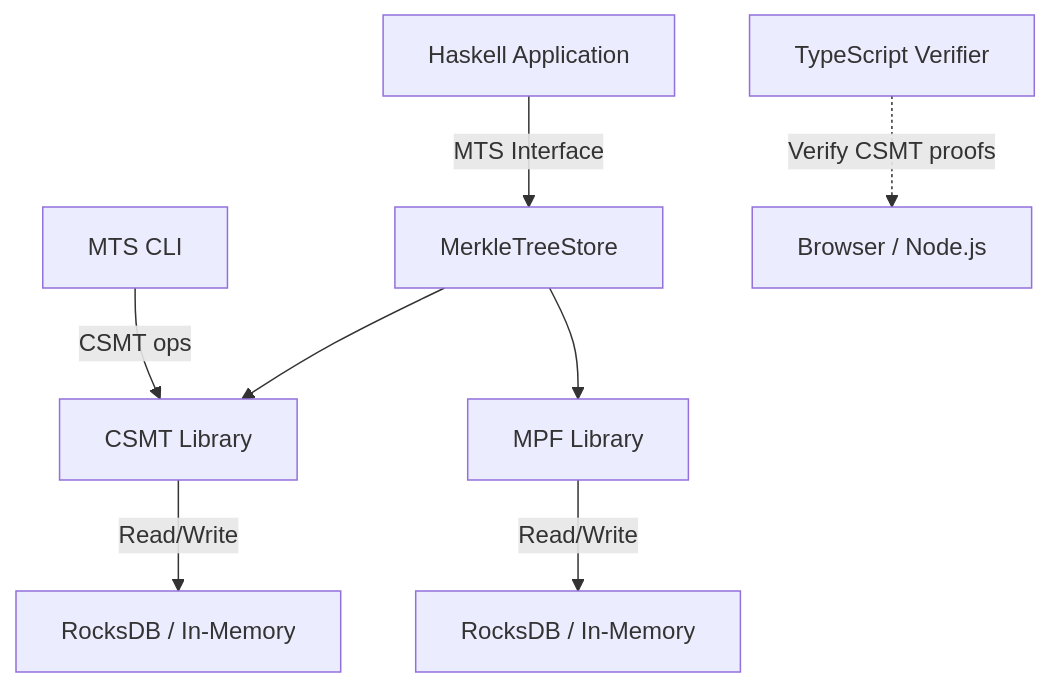
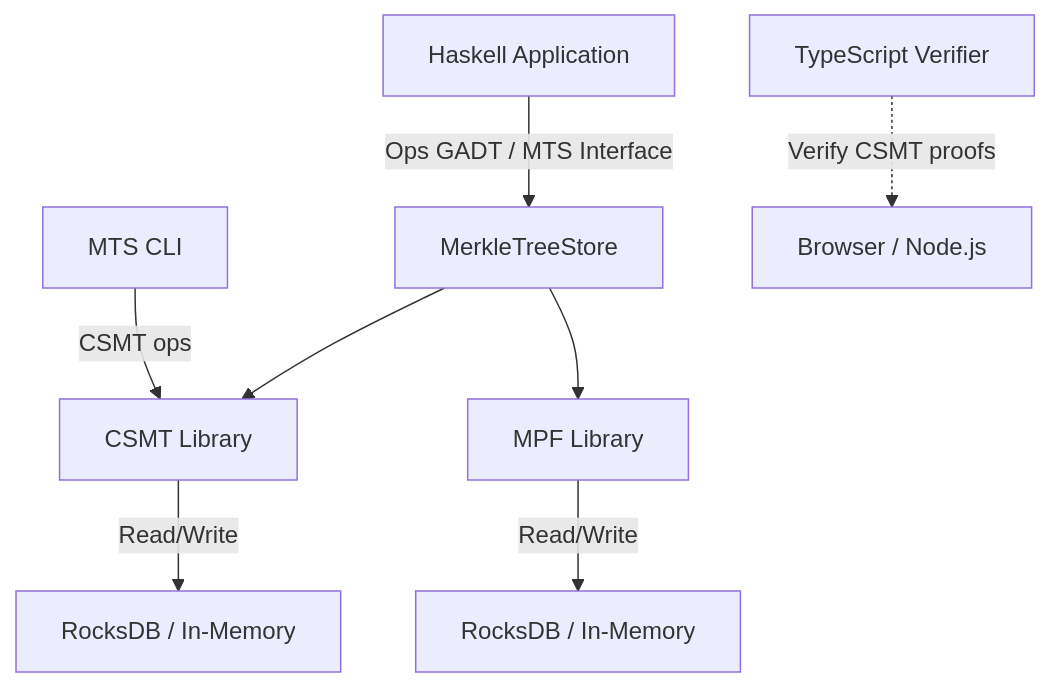
One commit to lambdasistemi/haskell-mts changed the diagram in docs/architecture/system.md. Above: the diagram before and after it, drawn with Mermaid. The commit also changed other lines of this file and 7 other files, not shown here.

````diff
--- a/docs/architecture/system.md
+++ b/docs/architecture/system.md
@@ -8,10 +8,10 @@
 ```mermaid
 graph TD
     CLI[MTS CLI] -->|CSMT ops| CSMT[CSMT Library]
-    App[Haskell Application] -->|MTS Interface| MTS[MerkleTreeStore]
+    App[Haskell Application] -->|Ops GADT / MTS Interface| MTS[MerkleTreeStore]
     MTS --> CSMT
     MTS --> MPF[MPF Library]
     CSMT -->|Read/Write| RDB1[RocksDB / In-Memory]
     MPF -->|Read/Write| RDB2[RocksDB / In-Memory]
     TS[TypeScript Verifier] -.->|Verify CSMT proofs| Client[Browser / Node.js]
 ```
````
